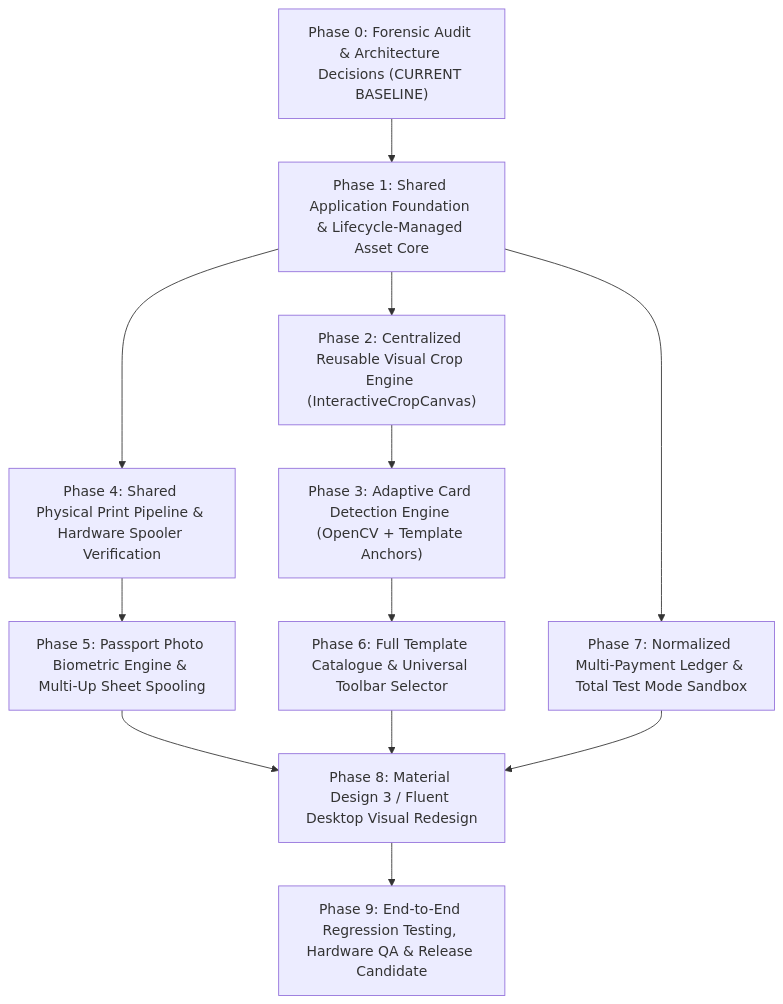
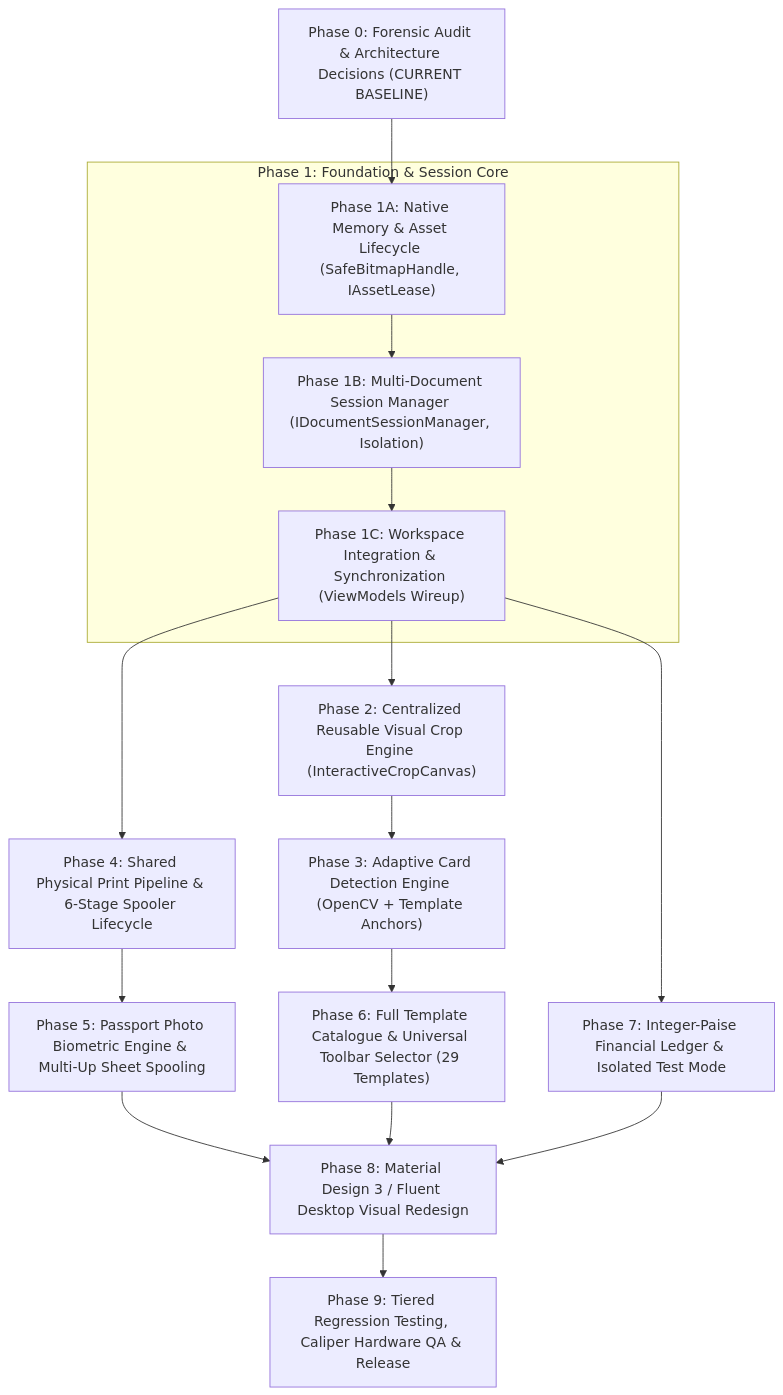
The diagram in docs/PHASED_IMPLEMENTATION_ROADMAP.md (vicky105285-collab/pvc-studio-pro), drawn with Mermaid before and after one commit. The commit also changed other lines of this file and 7 other files, not shown here.

Commit message:
docs(phase-0.2): final architecture validation, multi-doc session, asset lease contract and integer-paise ledger

````diff
--- a/docs/PHASED_IMPLEMENTATION_ROADMAP.md
+++ b/docs/PHASED_IMPLEMENTATION_ROADMAP.md
@@ -14,25 +14,33 @@
 ```mermaid
 graph TD
     P0["Phase 0: Forensic Audit & Architecture Decisions (CURRENT BASELINE)"]
-    P1["Phase 1: Shared Application Foundation & Lifecycle-Managed Asset Core"]
+    
+    subgraph P1_Subsystem["Phase 1: Foundation & Session Core"]
+        P1A["Phase 1A: Native Memory & Asset Lifecycle (SafeBitmapHandle, IAssetLease)"]
+        P1B["Phase 1B: Multi-Document Session Manager (IDocumentSessionManager, Isolation)"]
+        P1C["Phase 1C: Workspace Integration & Synchronization (ViewModels Wireup)"]
+    end
+
     P2["Phase 2: Centralized Reusable Visual Crop Engine (InteractiveCropCanvas)"]
     P3["Phase 3: Adaptive Card Detection Engine (OpenCV + Template Anchors)"]
-    P4["Phase 4: Shared Physical Print Pipeline & Hardware Spooler Verification"]
+    P4["Phase 4: Shared Physical Print Pipeline & 6-Stage Spooler Lifecycle"]
     P5["Phase 5: Passport Photo Biometric Engine & Multi-Up Sheet Spooling"]
-    P6["Phase 6: Full Template Catalogue & Universal Toolbar Selector"]
-    P7["Phase 7: Normalized Multi-Payment Ledger & Total Test Mode Sandbox"]
+    P6["Phase 6: Full Template Catalogue & Universal Toolbar Selector (29 Templates)"]
+    P7["Phase 7: Integer-Paise Financial Ledger & Isolated Test Mode"]
     P8["Phase 8: Material Design 3 / Fluent Desktop Visual Redesign"]
-    P9["Phase 9: End-to-End Regression Testing, Hardware QA & Release Candidate"]
+    P9["Phase 9: Tiered Regression Testing, Caliper Hardware QA & Release"]
 
-    P0 --> P1
-    P1 --> P2
-    P1 --> P4
+    P0 --> P1A
+    P1A --> P1B
+    P1B --> P1C
+    P1C --> P2
+    P1C --> P4
     P2 --> P3
     P3 --> P6
     P4 --> P5
-    P1 --> P7
+    P1C --> P7
     P5 --> P8
     P6 --> P8
     P7 --> P8
     P8 --> P9
 ```
````
